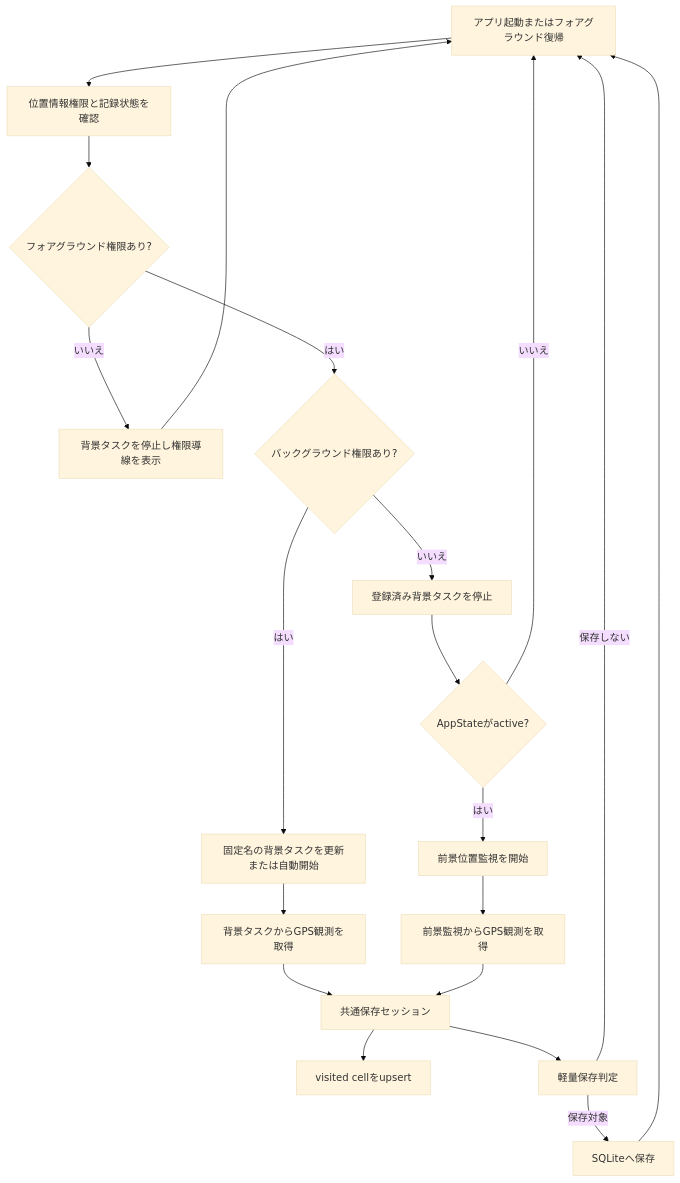
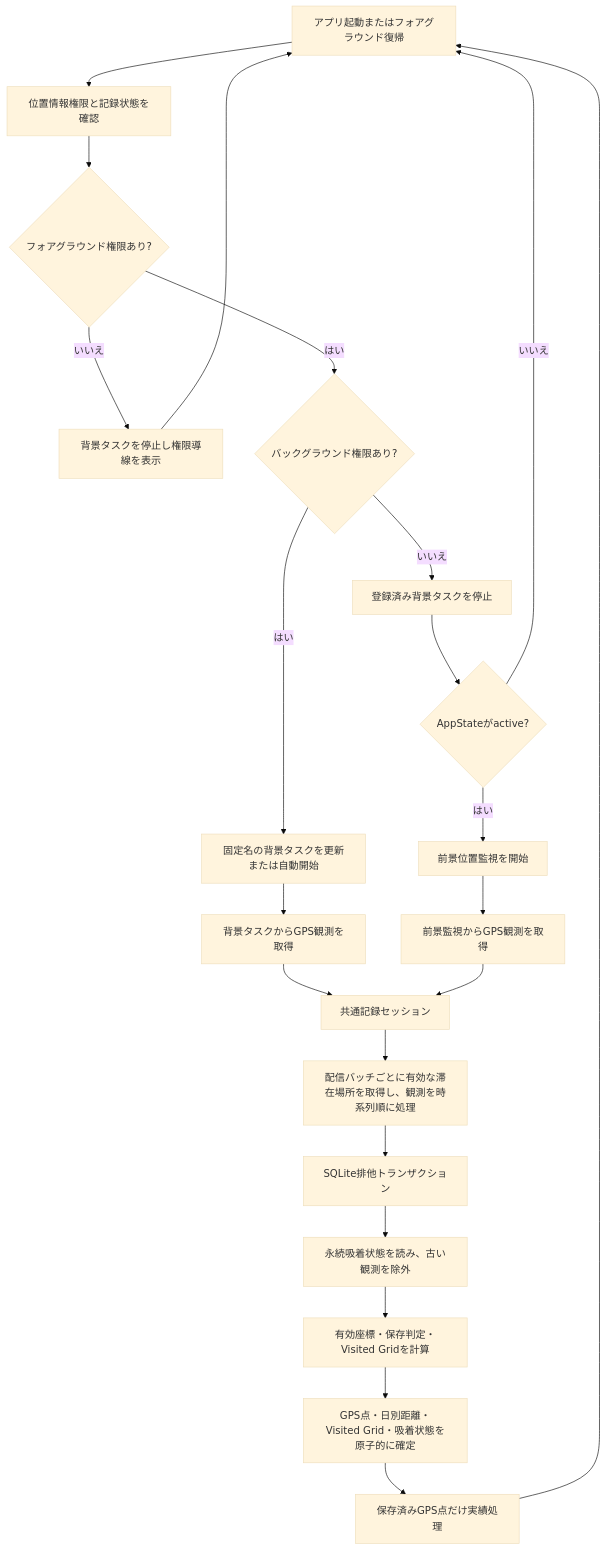
The first of 3 diagrams in docs/architecture.md (kazuki19992/strollia), drawn with Mermaid (base theme) before and after one commit. The commit also changed other lines of this file and 4 other files, not shown here.

````diff
--- a/docs/architecture.md
+++ b/docs/architecture.md
@@ -94,22 +94,24 @@
 ```mermaid
 flowchart TD
   A["アプリ起動またはフォアグラウンド復帰"] --> B["位置情報権限と記録状態を確認"]
   B --> C{"フォアグラウンド権限あり?"}
   C -->|いいえ| D["背景タスクを停止し権限導線を表示"]
   D --> A
   C -->|はい| E{"バックグラウンド権限あり?"}
   E -->|はい| F["固定名の背景タスクを更新または自動開始"]
   E -->|いいえ| G["登録済み背景タスクを停止"]
   G --> H{"AppStateがactive?"}
   H -->|はい| I["前景位置監視を開始"]
   H -->|いいえ| A
   F --> J["背景タスクからGPS観測を取得"]
   I --> K["前景監視からGPS観測を取得"]
-  J --> L["共通保存セッション"]
+  J --> L["共通記録セッション"]
   K --> L
-  L --> M["visited cellをupsert"]
-  L --> N["軽量保存判定"]
-  N -->|保存対象| O["SQLiteへ保存"]
-  N -->|保存しない| A
-  O --> A
+  L --> M["配信バッチごとに有効な滞在場所を取得し、観測を時系列順に処理"]
+  M --> N["SQLite排他トランザクション"]
+  N --> O["永続吸着状態を読み、古い観測を除外"]
+  O --> P["有効座標・保存判定・Visited Gridを計算"]
+  P --> Q["GPS点・日別距離・Visited Grid・吸着状態を原子的に確定"]
+  Q --> R["保存済みGPS点だけ実績処理"]
+  R --> A
 ```
````
